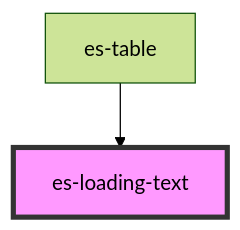
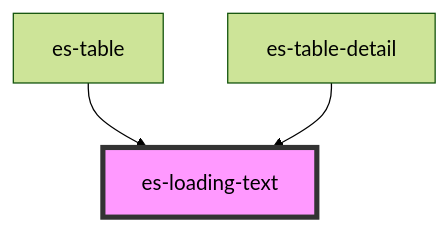
One commit to EventStore/Design-System changed the diagram in packages/components/src/components/es-loading-text/readme.md. Above: the diagram before and after it, drawn with Mermaid (forest theme). The commit also changed other lines of this file and 10 other files, not shown here.

Commit message:
feat: add demo for es-table-detail and es-table-nested

````diff
--- a/packages/components/src/components/es-loading-text/readme.md
+++ b/packages/components/src/components/es-loading-text/readme.md
@@ -44,5 +45,6 @@
 ```mermaid
 graph TD;
   es-table --> es-loading-text
+  es-table-detail --> es-loading-text
   style es-loading-text fill:#f9f,stroke:#333,stroke-width:4px
 ```
````
